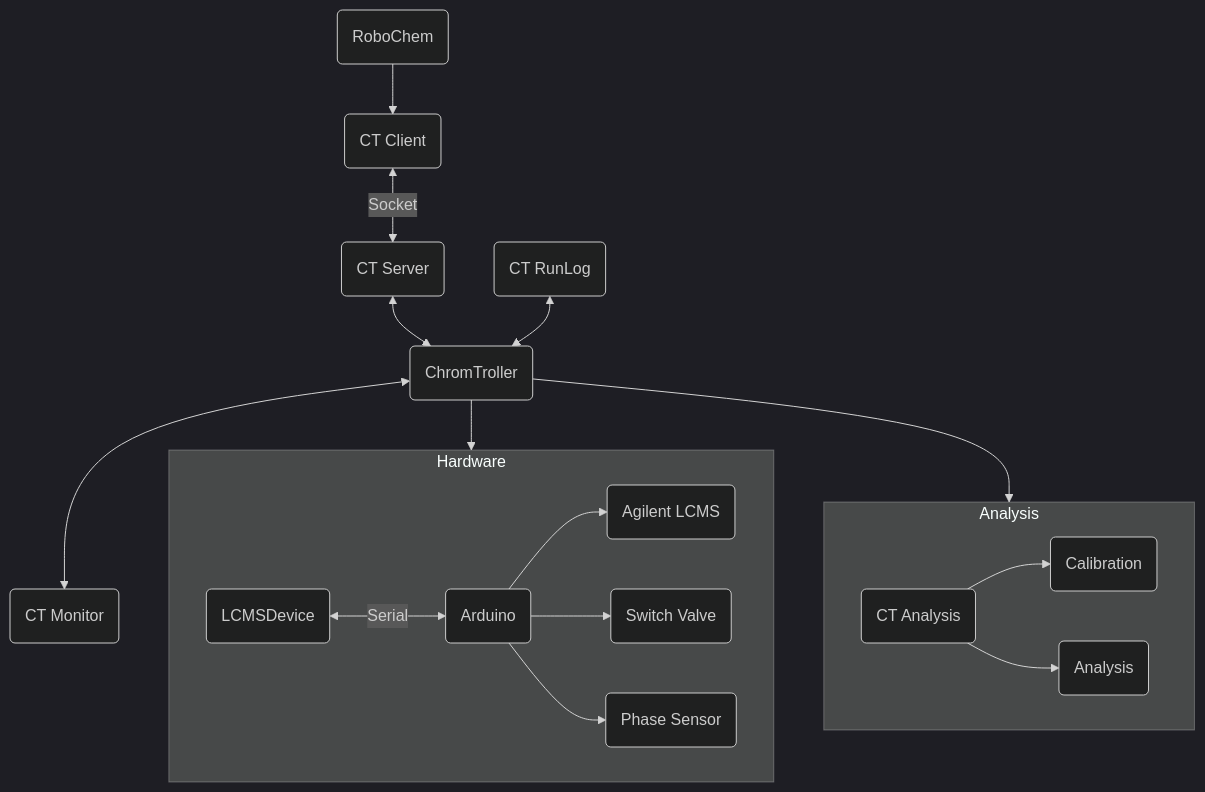
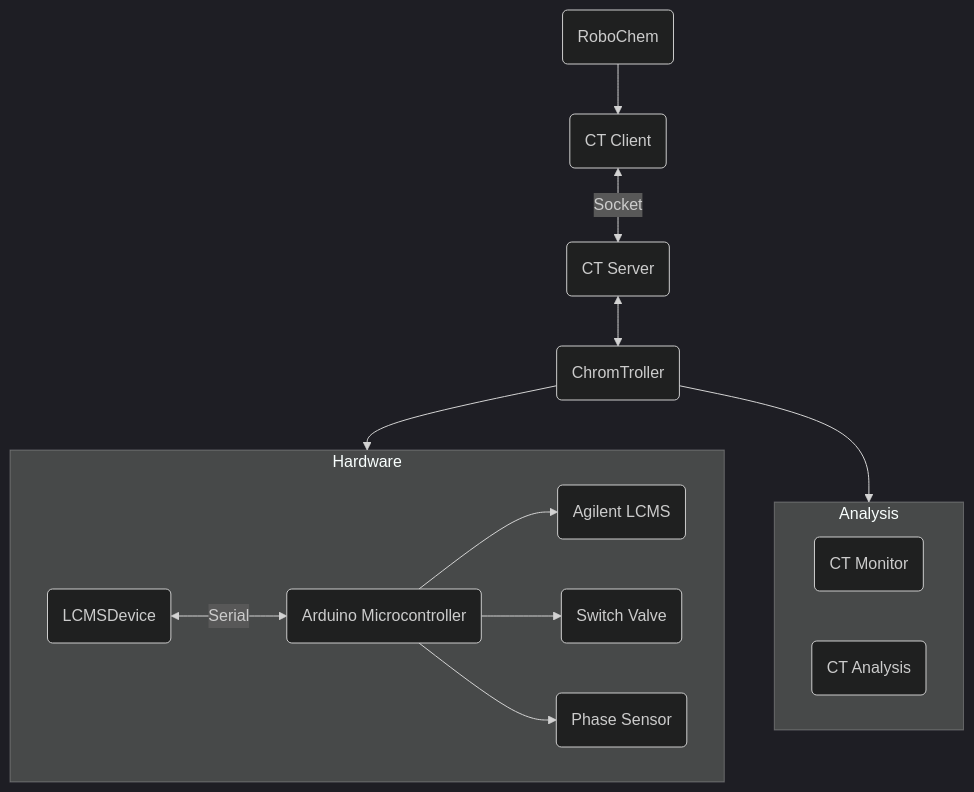
The diagram in README.md (ombayley/ChromTroller), drawn with Mermaid (dark theme) before and after one commit. The commit also changed other lines of this file and 1 other file, not shown here.

````diff
--- a/README.md
+++ b/README.md
@@ -17,31 +48,27 @@
 ```mermaid
 graph TD;
     RbC(RoboChem)
     cli(CT Client)
     ser(CT Server)
     CT(ChromTroller)
-    Ard(Arduino)
+    Ard(Arduino Microcontroller)
     dev(LCMSDevice)
     lcms(Agilent LCMS)
     SW(Switch Valve)
     PS(Phase Sensor)
-    log(CT RunLog)
     mon(CT Monitor)
     anal(CT Analysis)
-    cal(Calibration)
-    lams(Analysis)
     
     RbC --> cli
     cli<--Socket-->ser
     ser <--> CT
-    log <--> CT
-    CT <--> mon
     CT --> Hardware & Analysis
     subgraph Hardware
     dev <--Serial-->Ard;
     Ard-->lcms & SW & PS;
     end
     subgraph Analysis
-    anal --> cal & lams    ;
+    anal;
+    mon;
     end
 ```
````
